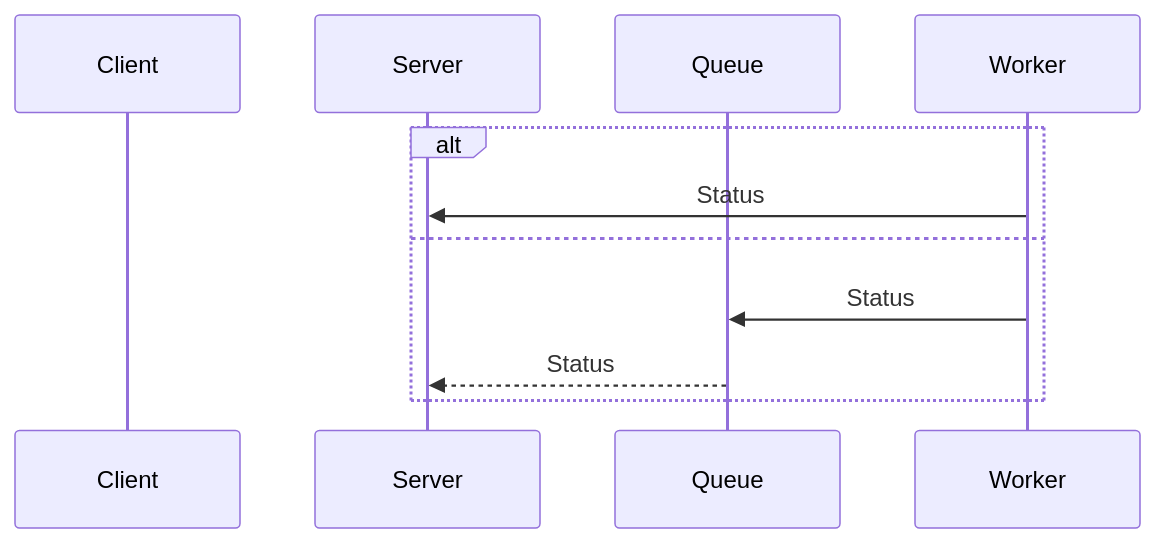
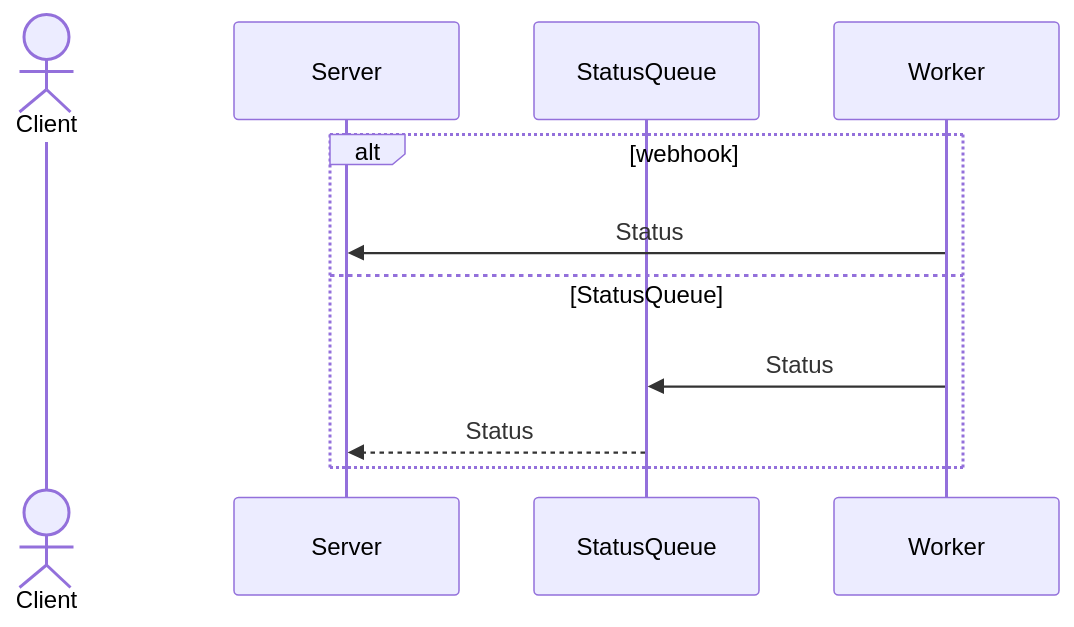
One commit to hhk7734/wiki changed the second of 5 diagrams in docs/lang/design/asynchronous-request-response/asynchronous-request-response.mdx. Above: the diagram before and after it, drawn with Mermaid. The commit also changed other lines of this file and 10 other files, not shown here.

````diff
--- a/docs/lang/design/asynchronous-request-response/asynchronous-request-response.mdx
+++ b/docs/lang/design/asynchronous-request-response/asynchronous-request-response.mdx
@@ -42,14 +40,14 @@
 ```mermaid
 sequenceDiagram
-  participant Client
+  actor Client
   participant Server
-  participant Queue
+  participant StatusQueue
   participant Worker
 
-  alt
+  alt webhook
     Worker->>Server: Status
-  else
-    Worker->>Queue: Status
-    Queue-->>Server: Status
+  else StatusQueue
+    Worker->>StatusQueue: Status
+    StatusQueue-->>Server: Status
   end
 ```
````
